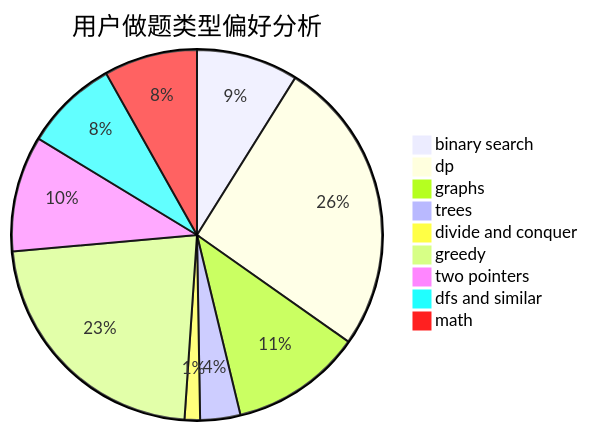
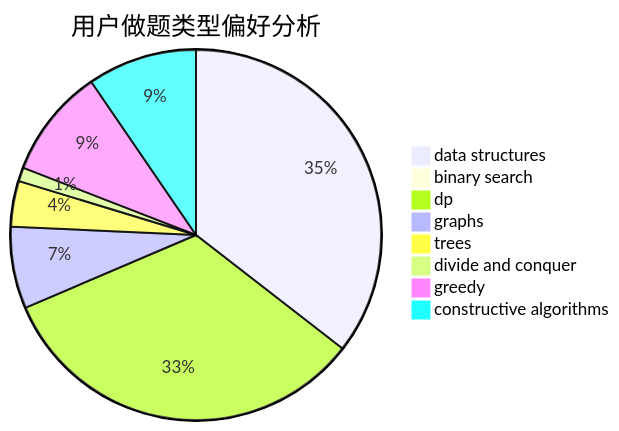
One commit to sherpahu/cfrs.github.io changed the second of 3 diagrams in docs/user/u1970.md. Above: the diagram before and after it, drawn with Mermaid. The commit also changed other lines of this file and 2775 other files, not shown here.

````diff
--- a/docs/user/u1970.md
+++ b/docs/user/u1970.md
@@ -23,12 +23,11 @@
 ```mermaid
 pie title 用户做题类型偏好分析
-    "binary search" :  132
-    "dp" :  384
-    "graphs" :  170
-    "trees" :  52
-    "divide and conquer" :  20
-    "greedy" :  334
-    "two pointers" :  150
-    "dfs and similar" :  121
-    "math" :  121
+    "data structures" :  383
+    "binary search" :  9
+    "dp" :  357
+    "graphs" :  77
+    "trees" :  43
+    "divide and conquer" :  13
+    "greedy" :  103
+    "constructive algorithms" :  103
 ```
````
